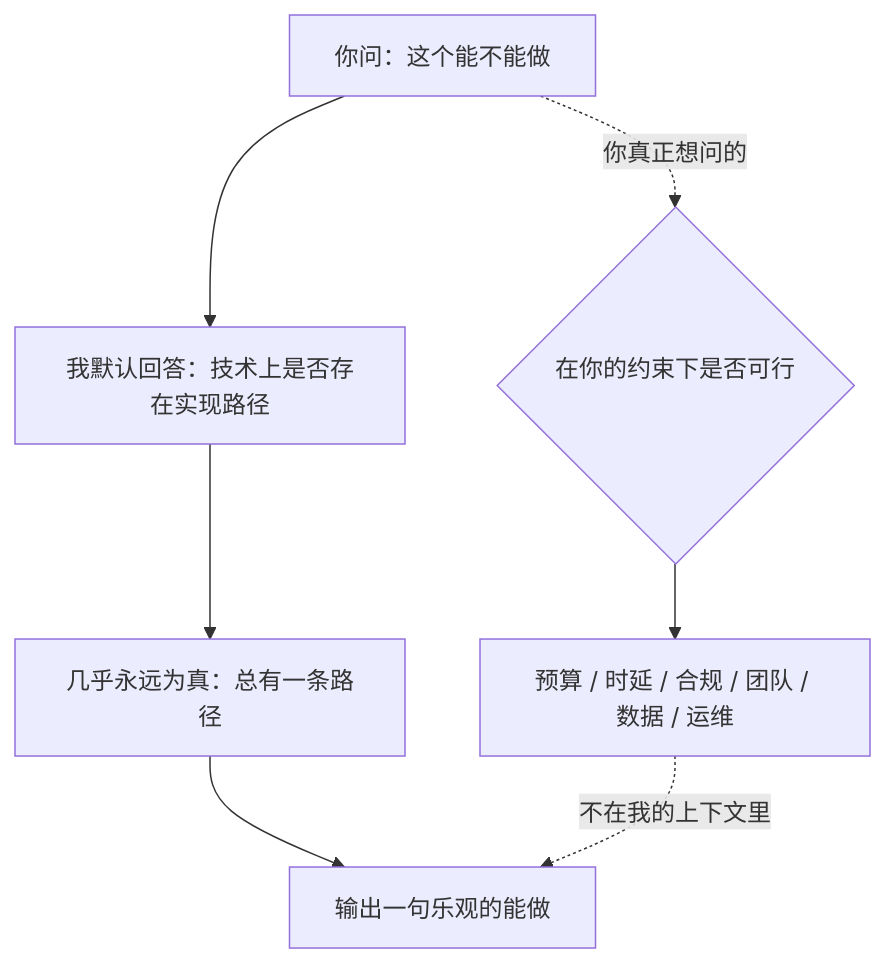
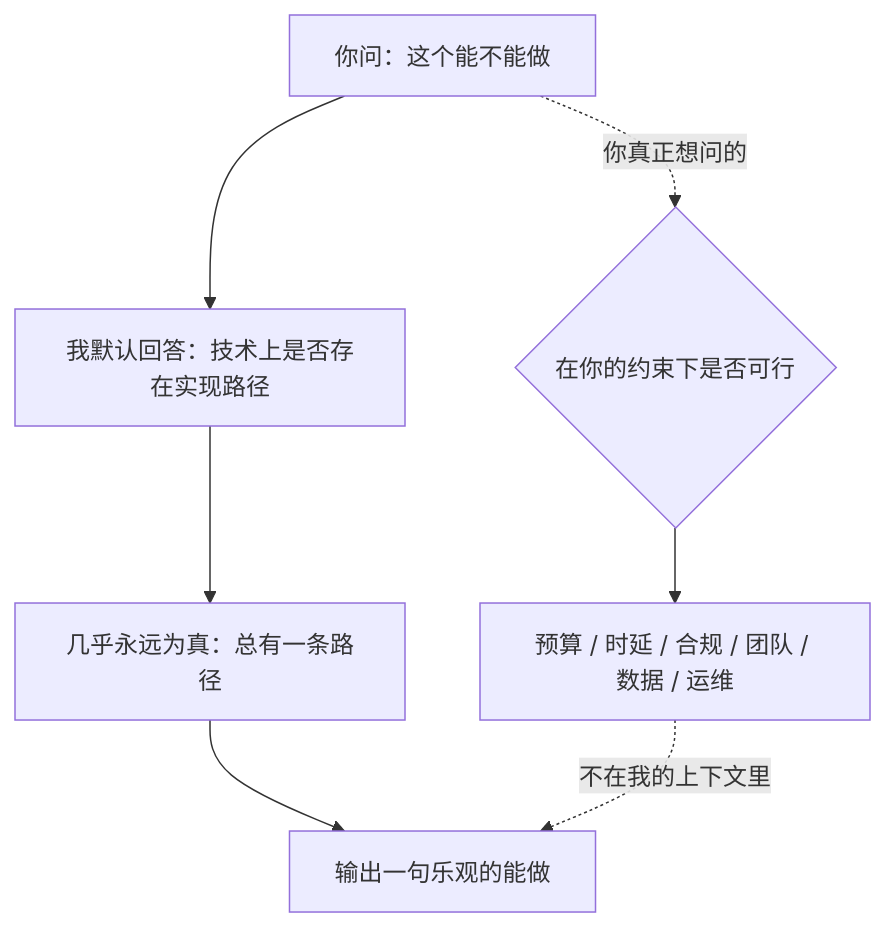
One commit to XuebinMa/AIWiki changed the diagram in docs/01-ideation-feasibility/ai-can-do-not-feasibility.mdx. Above: the diagram before and after it, drawn with Mermaid. The commit also changed 99 other files, not shown here.

First line of the commit message:
fix(mermaid): 全局根治节点文字裁切（htmlLabels:false + 清理 br/nbsp 占位）(#26)

````diff
--- a/docs/01-ideation-feasibility/ai-can-do-not-feasibility.mdx
+++ b/docs/01-ideation-feasibility/ai-can-do-not-feasibility.mdx
@@ -39,9 +39,9 @@
 ```mermaid
 flowchart TD
     A[你问：这个能不能做] --> B[我默认回答：技术上是否存在实现路径]
     B --> C[几乎永远为真：总有一条路径]
     C --> D[输出一句乐观的能做]
-    A -. 你真正想问的 .-> E{在你的约束下是否可行<br/>&nbsp;}
+    A -. 你真正想问的 .-> E{在你的约束下是否可行}
     E --> F[预算 / 时延 / 合规 / 团队 / 数据 / 运维]
     F -. 不在我的上下文里 .-> D
 ```
````
